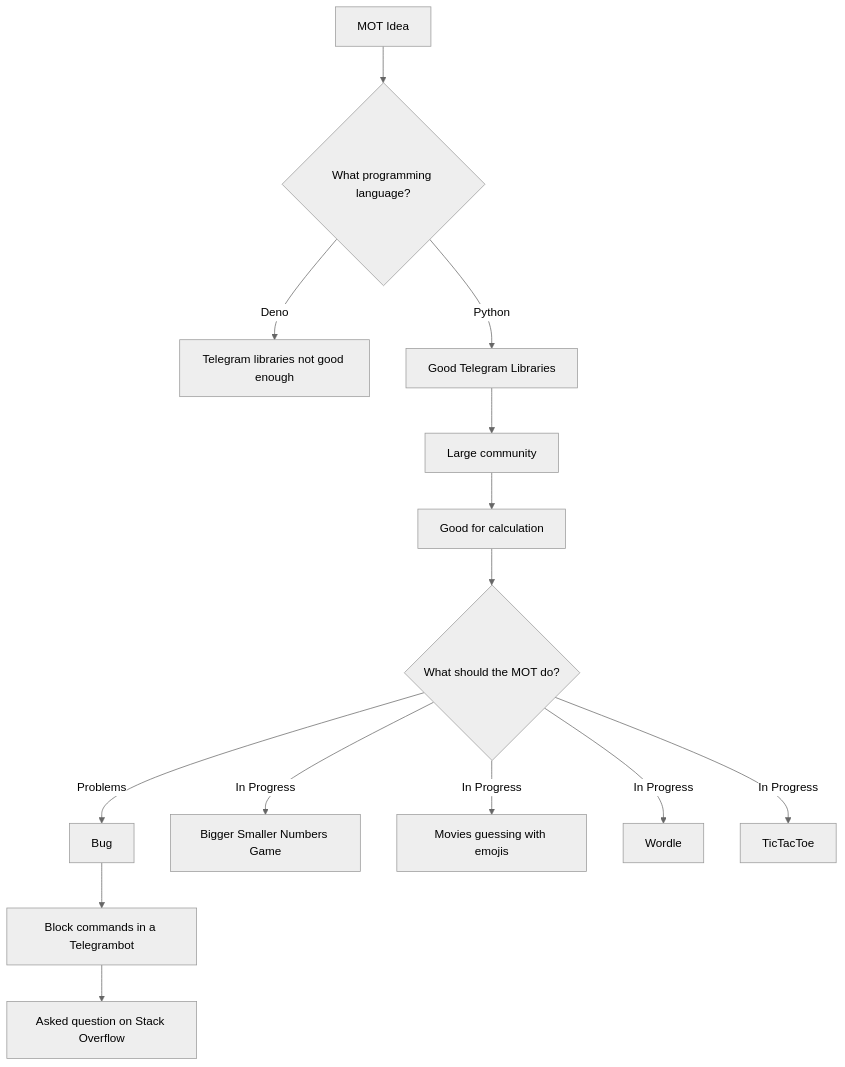
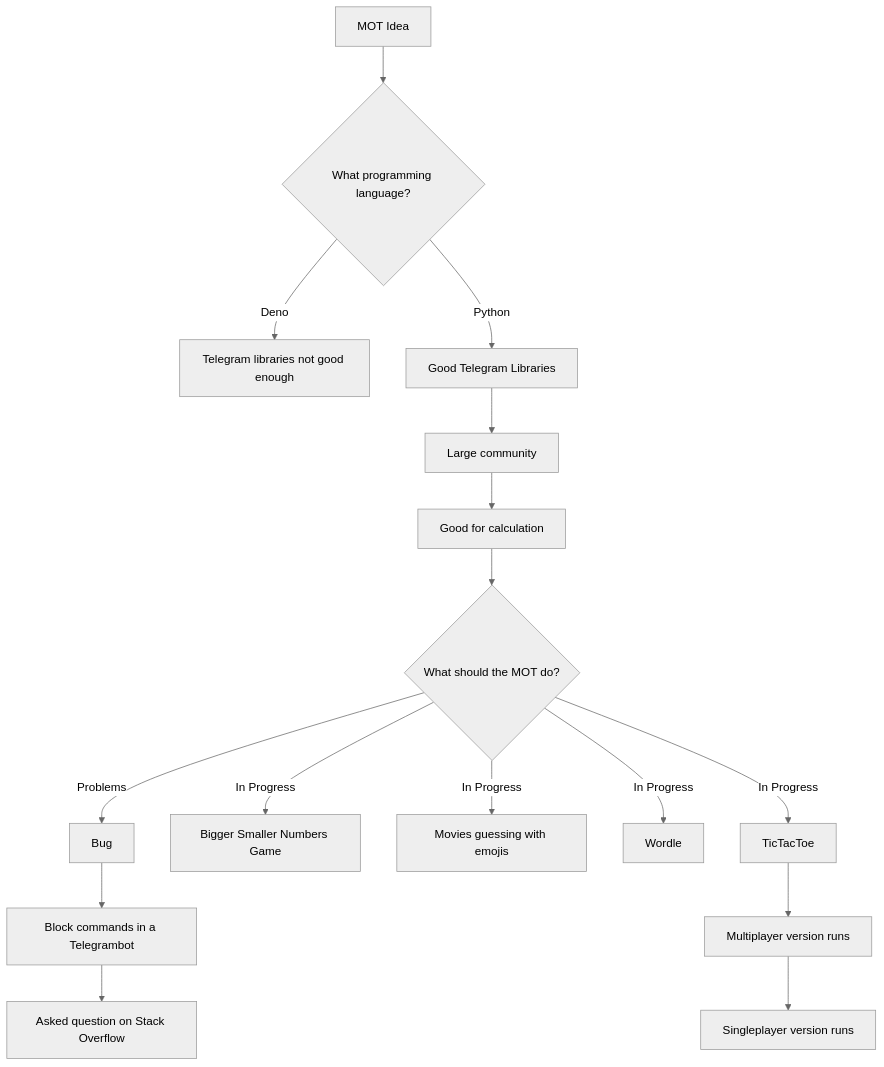
The diagram in README.md (MOT-Multi-Functional-Bot/MOT-Multi-Functional-Bot), drawn with Mermaid (neutral theme) before and after one commit.

````diff
--- a/README.md
+++ b/README.md
@@ -11,18 +11,20 @@
 ```mermaid
  
  flowchart TD
     A[MOT Idea] --> B{What programming language?};
     B -- Deno --> C[Telegram libraries not good enough];
     B -- Python --> D[Good Telegram Libraries];
     D --> E[Large community];
     E --> F[Good for calculation ];
     F --> G{What should the MOT do?};
     G -- Problems --> H[Bug];
     H --> I[Block commands in a Telegrambot];
     I --> J[Asked question on Stack Overflow];
     G -- In Progress --> K[Bigger Smaller Numbers Game];
     G -- In Progress --> L[Movies guessing with emojis];
     G -- In Progress --> M[Wordle];
     G -- In Progress --> N[TicTacToe];
+    N --> O[Multiplayer version runs];
+    O --> PT[Singleplayer version runs];
     
 ```
````
